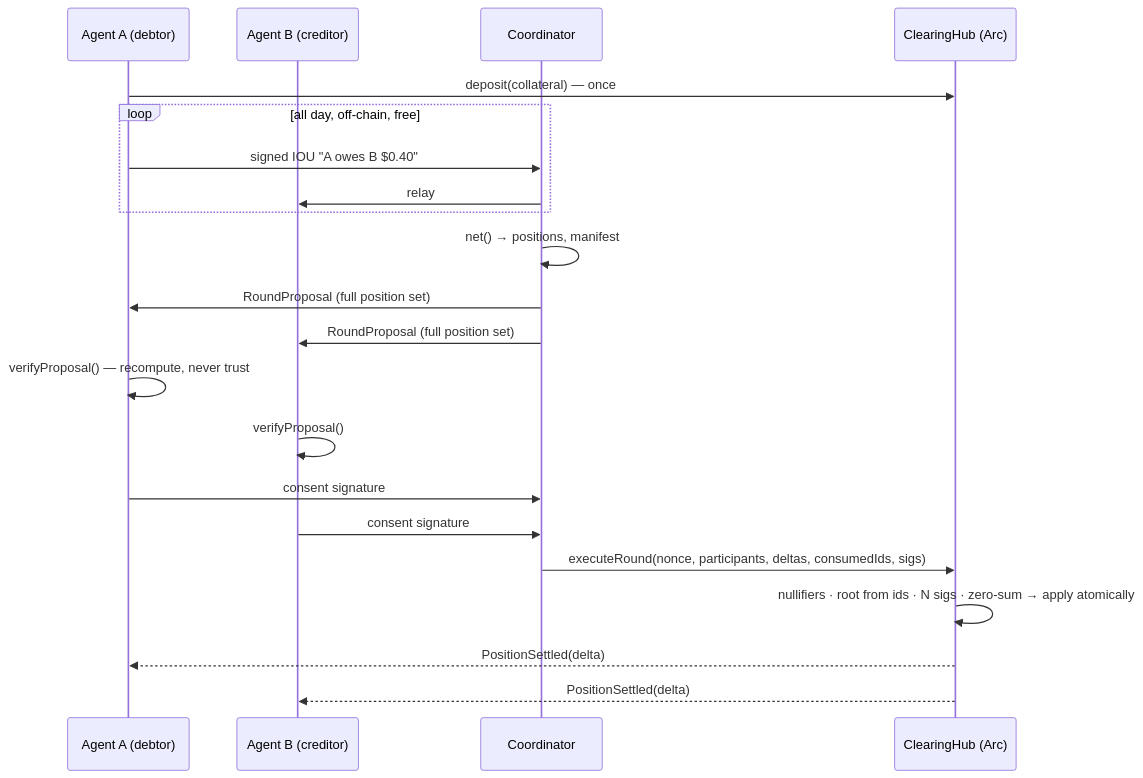
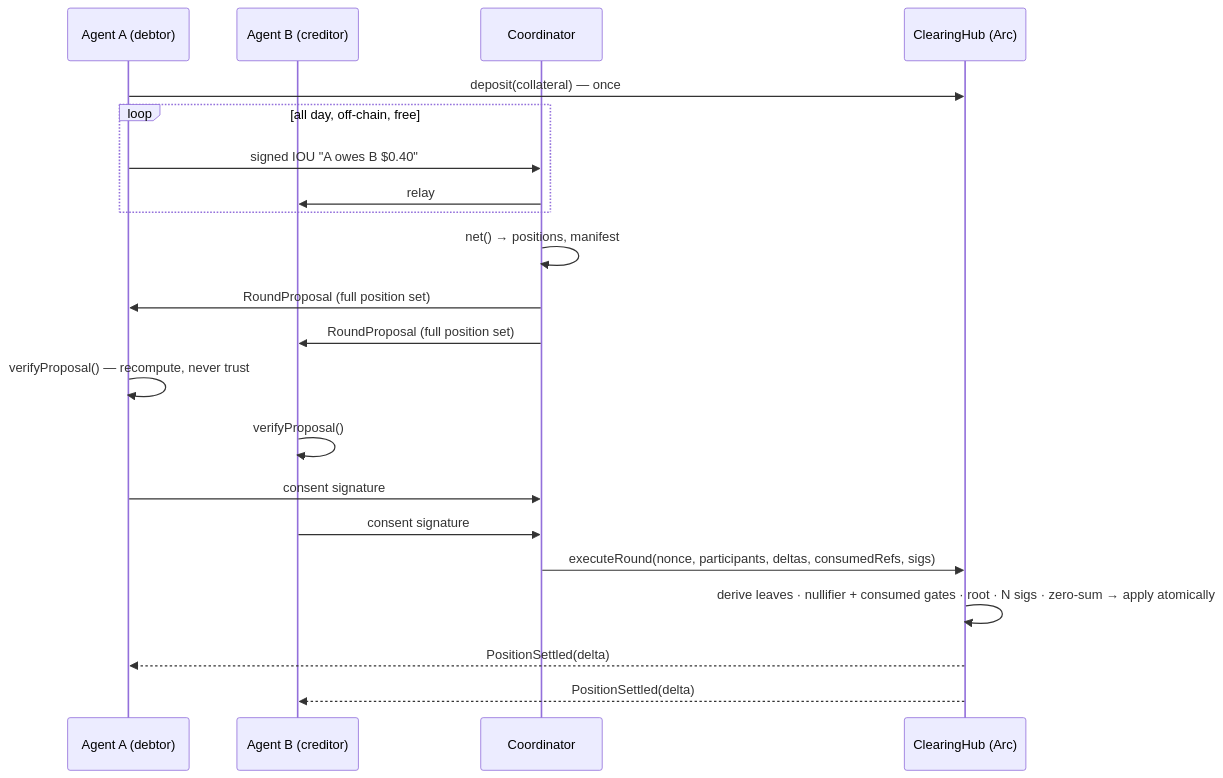
Before and after one commit to aljosamakevic/arclear: the diagram in docs/PROTOCOL.md, drawn with Mermaid. The commit also changed other lines of this file, not shown here.

First line of the commit message:
docs(protocol): rewrite spec for ClearingHubV3 — party-bound leaves, consumption ledger

````diff
--- a/docs/PROTOCOL.md
+++ b/docs/PROTOCOL.md
@@ -100,24 +153,24 @@
 ```mermaid
 sequenceDiagram
     participant A as Agent A (debtor)
     participant B as Agent B (creditor)
     participant C as Coordinator
     participant H as ClearingHub (Arc)
 
     A->>H: deposit(collateral) — once
     loop all day, off-chain, free
         A->>C: signed IOU "A owes B $0.40"
         C->>B: relay
     end
     C->>C: net() → positions, manifest
     C->>A: RoundProposal (full position set)
     C->>B: RoundProposal (full position set)
     A->>A: verifyProposal() — recompute, never trust
     B->>B: verifyProposal()
     A->>C: consent signature
     B->>C: consent signature
-    C->>H: executeRound(nonce, participants, deltas, consumedIds, sigs)
-    H->>H: nullifiers · root from ids · N sigs · zero-sum → apply atomically
+    C->>H: executeRound(nonce, participants, deltas, consumedRefs, sigs)
+    H->>H: derive leaves · nullifier + consumed gates · root · N sigs · zero-sum → apply atomically
     H-->>A: PositionSettled(delta)
     H-->>B: PositionSettled(delta)
 ```
````
